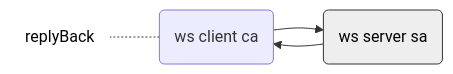
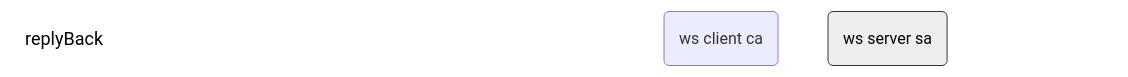
Before and after one commit to toshirot/w2w: the second of 10 diagrams in README.md, drawn with Mermaid. The commit also changed other lines of this file, not shown here.

````diff
--- a/README.md
+++ b/README.md
@@ -73,16 +73,16 @@
 ```mermaid
 flowchart LR
 
 %%test0("at on connect: 自動で返される reply back"):::class_text
 
     %%single_type3
         text_a2a(replyBack):::class_text_min
         single_type3c(ws client ca) 
         single_type3s(ws server sa):::class_server
             text_a2a -.- single_type3c
             single_type3c --> single_type3s --> single_type3c
 
 classDef class_server fill:#eee,color:#000,stroke:#333
 classDef class_text fill:#fff,color:#000,stroke:#fff
-classDef class_text_min fill:#fff,color:#000,stroke:#fff,margin:0
+classDef class_text_min fill:#fff,color:#000,stroke:#fff,margin:0,font-size:18px,width:100%,float:left
 ```
````
